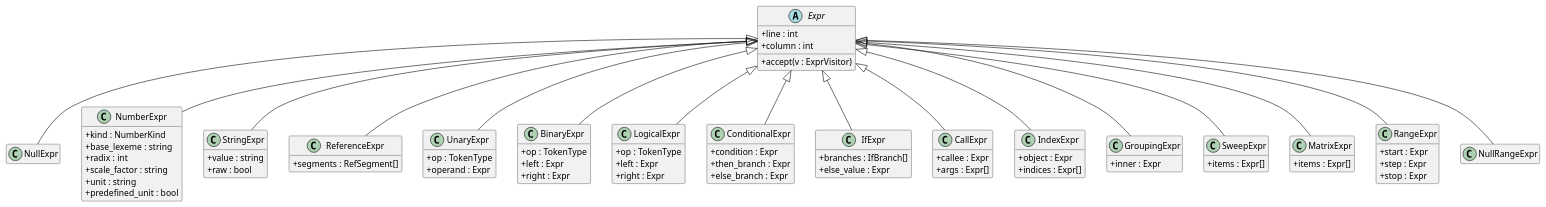
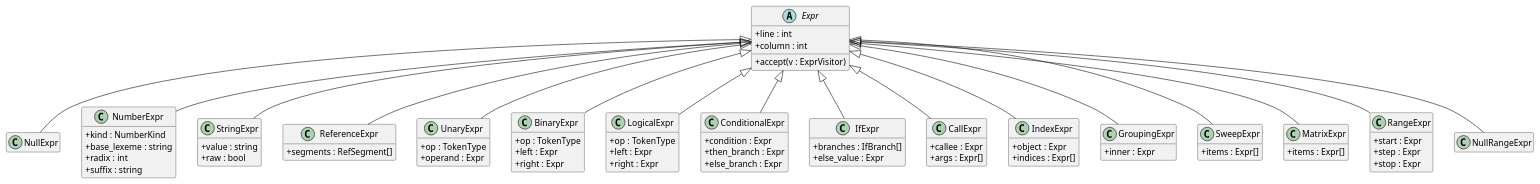
The first of 4 diagrams in REL_AST_Design.md (smile-zyk/REL), drawn with PlantUML before and after one commit. The commit also changed other lines of this file and 1 other file, not shown here.

First line of the commit message:
docs: merge SCALE_FACTOR/UNIT/PREDEF_SCALED_UNIT into single NUMERIC_SUFFIX token

```diff
--- a/REL_AST_Design.md
+++ b/REL_AST_Design.md
@@ -86,9 +86,7 @@
   +kind : NumberKind
   +base_lexeme : string
   +radix : int
-  +scale_factor : string
-  +unit : string
-  +predefined_unit : bool
+  +suffix : string
 }
 class StringExpr {
   +value : string
```
